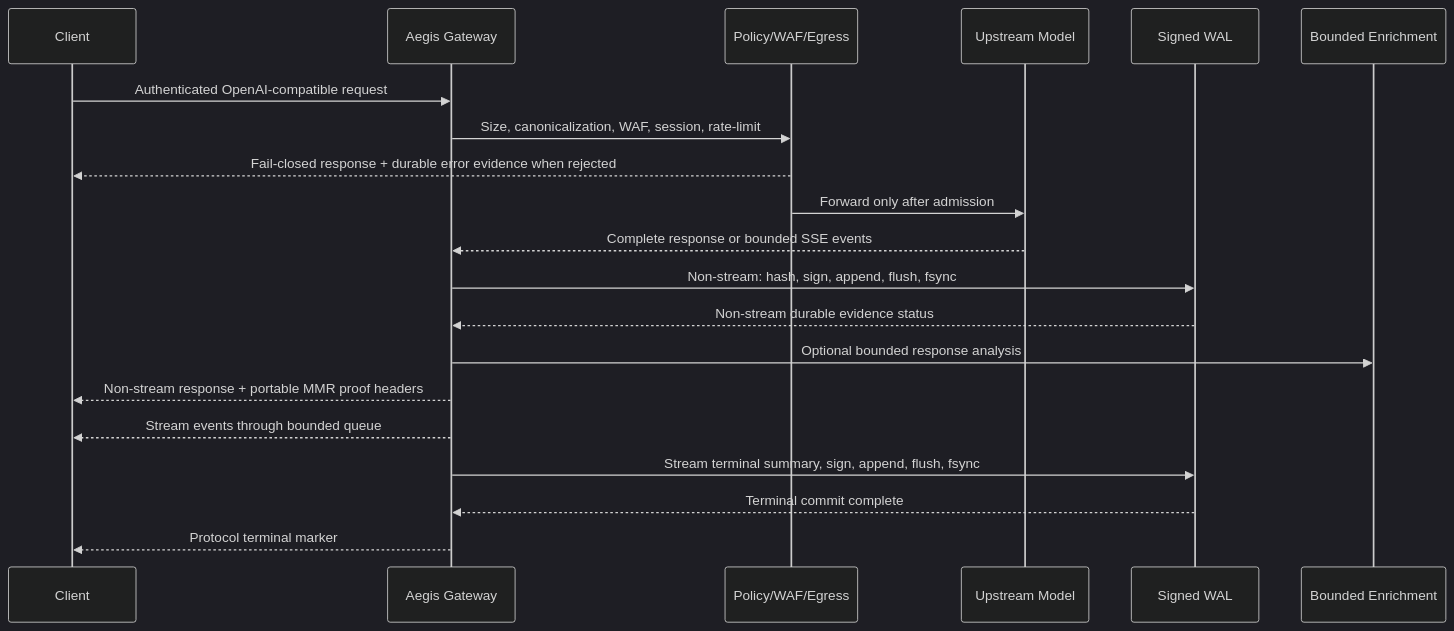
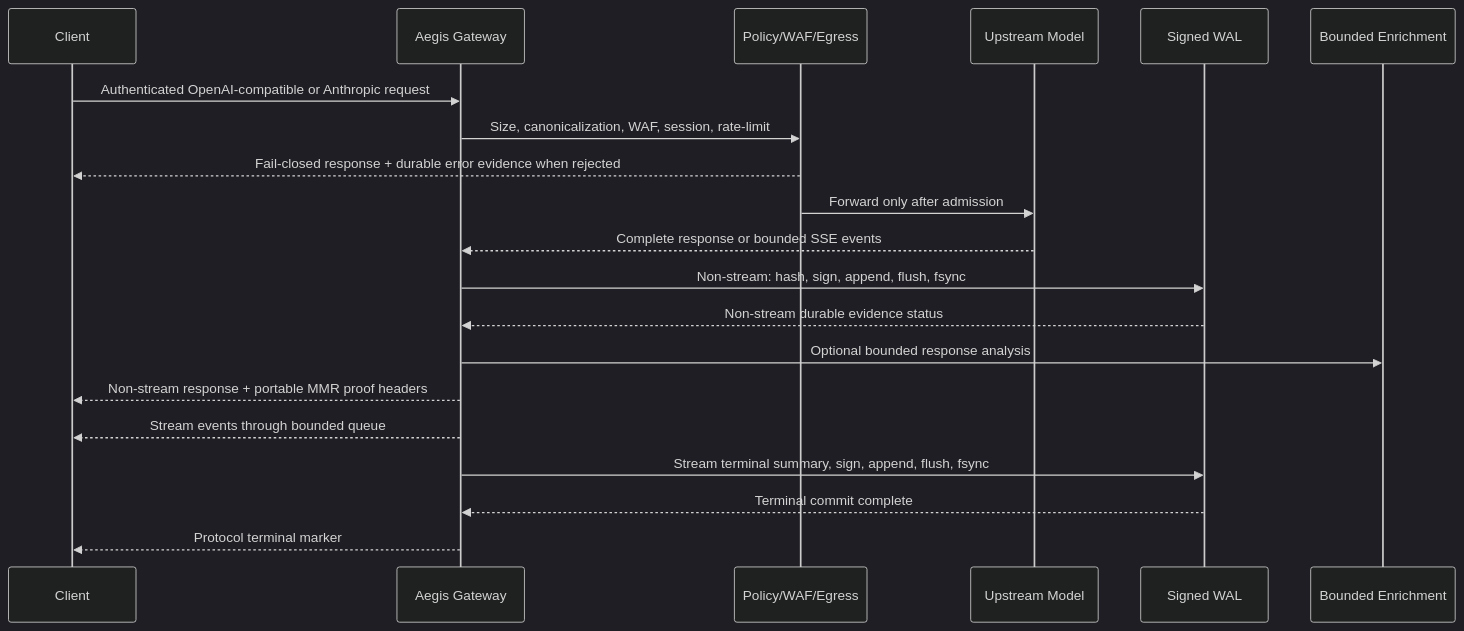
Before and after one commit to block-stacker/aegis-latent-core: the diagram in README.md, drawn with Mermaid (dark theme). The commit also changed other lines of this file and 54 other files, not shown here.

````diff
--- a/README.md
+++ b/README.md
@@ -29,23 +34,23 @@
 ```mermaid
 sequenceDiagram
     participant C as Client
     participant A as Aegis Gateway
     participant W as Policy/WAF/Egress
     participant U as Upstream Model
     participant L as Signed WAL
     participant Q as Bounded Enrichment
 
-    C->>A: Authenticated OpenAI-compatible request
+    C->>A: Authenticated OpenAI-compatible or Anthropic request
     A->>W: Size, canonicalization, WAF, session, rate-limit
     W-->>C: Fail-closed response + durable error evidence when rejected
     W->>U: Forward only after admission
     U-->>A: Complete response or bounded SSE events
     A->>L: Non-stream: hash, sign, append, flush, fsync
     L-->>A: Non-stream durable evidence status
     A->>Q: Optional bounded response analysis
     A-->>C: Non-stream response + portable MMR proof headers
     A-->>C: Stream events through bounded queue
     A->>L: Stream terminal summary, sign, append, flush, fsync
     L-->>A: Terminal commit complete
     A-->>C: Protocol terminal marker
 ```
````
